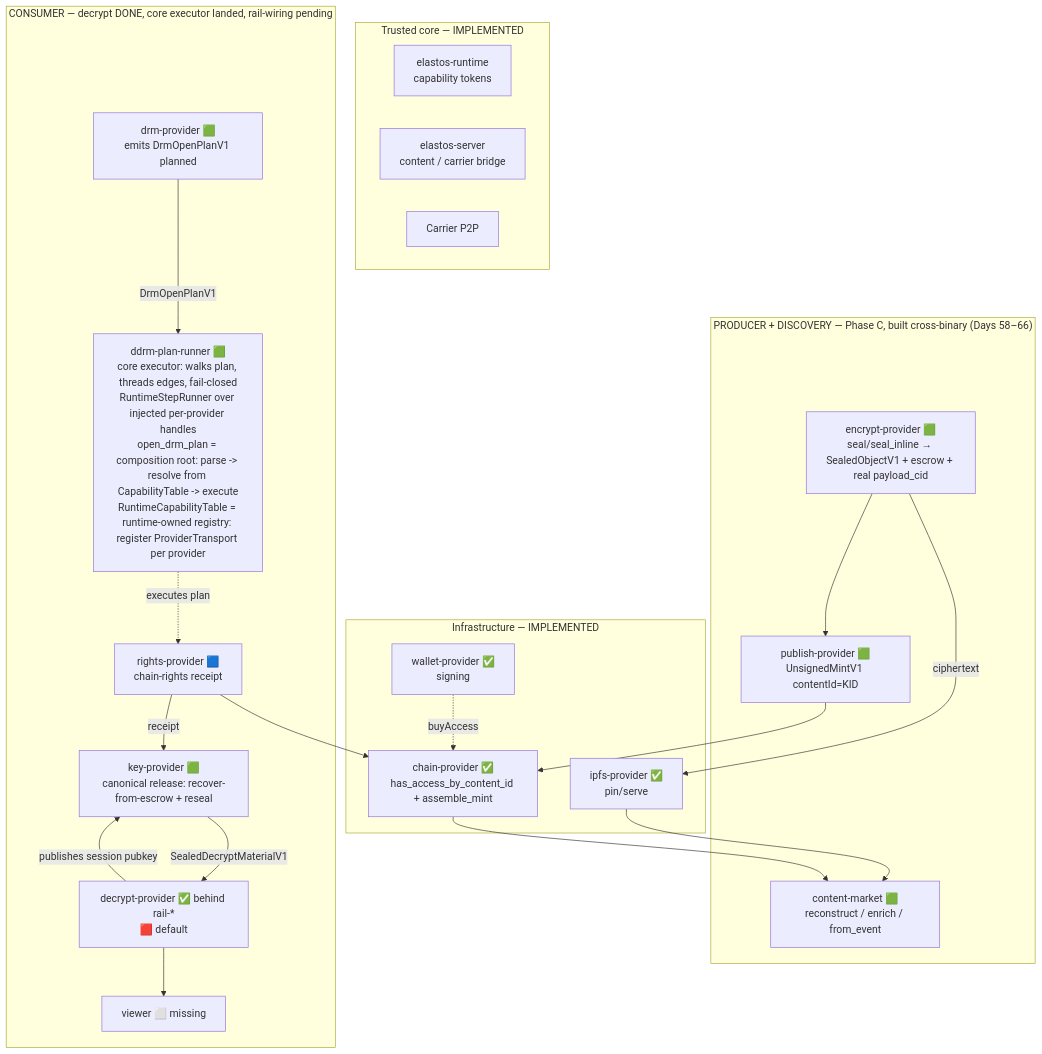
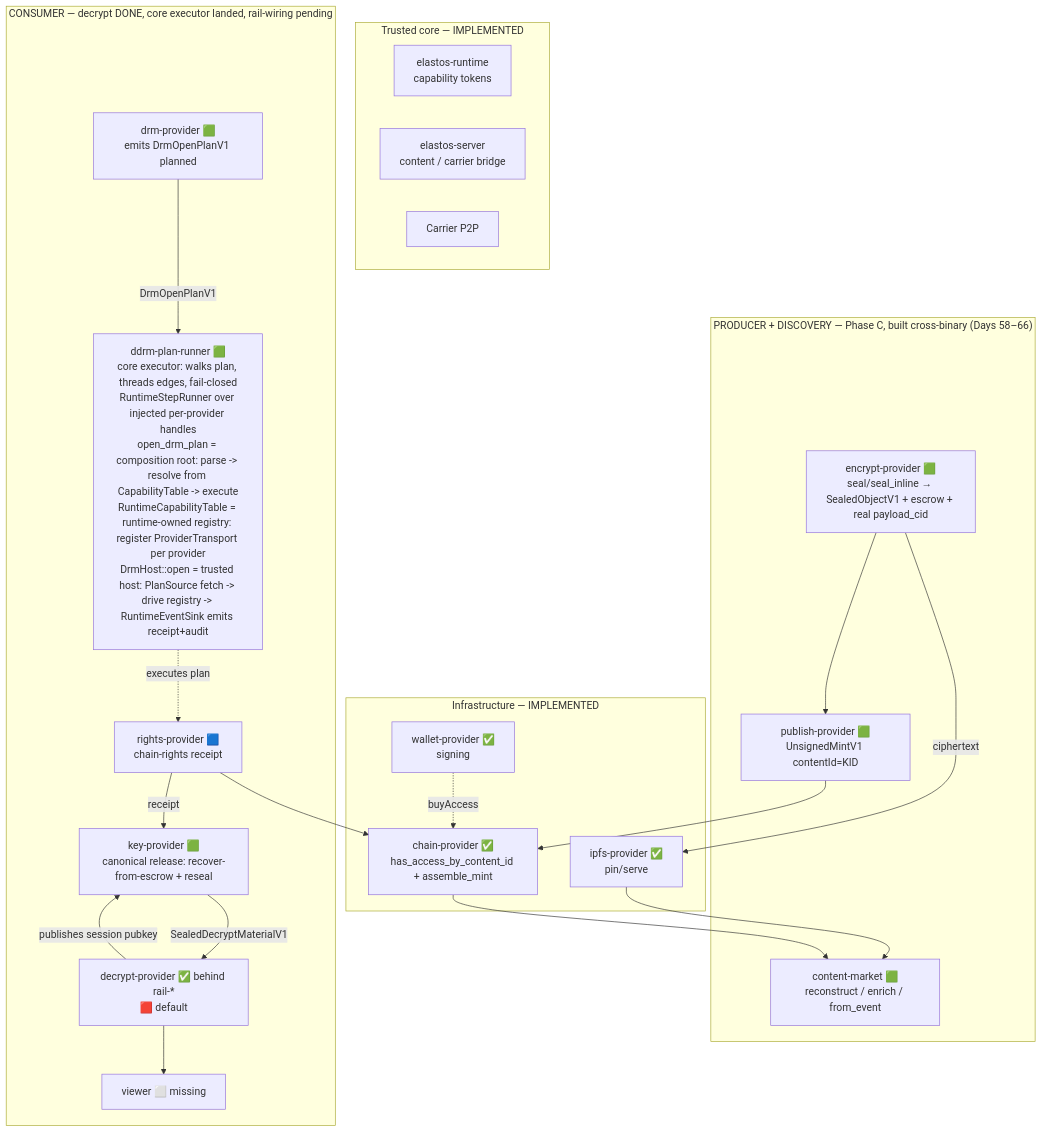
One commit to Elacity/elastos-runtime changed the first of 2 diagrams in docs/convergence/SYSTEM_ARCHITECTURE_MAP.md. Above: the diagram before and after it, drawn with Mermaid. The commit also changed other lines of this file and 6 other files, not shown here.

````diff
--- a/docs/convergence/SYSTEM_ARCHITECTURE_MAP.md
+++ b/docs/convergence/SYSTEM_ARCHITECTURE_MAP.md
@@ -122,34 +122,34 @@
 ```mermaid
 flowchart TB
   subgraph core["Trusted core — IMPLEMENTED"]
     RT[elastos-runtime<br/>capability tokens]
     SRV[elastos-server<br/>content / carrier bridge]
     CAR[Carrier P2P]
   end
   subgraph infra["Infrastructure — IMPLEMENTED"]
     IPFS[ipfs-provider ✅<br/>pin/serve]
     CHN[chain-provider ✅<br/>has_access_by_content_id + assemble_mint]
     WLT[wallet-provider ✅<br/>signing]
   end
   subgraph prod["PRODUCER + DISCOVERY — Phase C, built cross-binary (Days 58–66)"]
     ENC[encrypt-provider 🟩<br/>seal/seal_inline → SealedObjectV1 + escrow + real payload_cid]
     PUBP[publish-provider 🟩<br/>UnsignedMintV1 contentId=KID]
     MKT[content-market 🟩<br/>reconstruct / enrich / from_event]
   end
   subgraph cons["CONSUMER — decrypt DONE, core executor landed, rail-wiring pending"]
     DRM[drm-provider 🟩<br/>emits DrmOpenPlanV1 planned]
-    CORE[ddrm-plan-runner 🟩<br/>core executor: walks plan, threads edges, fail-closed<br/>RuntimeStepRunner over injected per-provider handles<br/>open_drm_plan = composition root: parse -> resolve from CapabilityTable -> execute<br/>RuntimeCapabilityTable = runtime-owned registry: register ProviderTransport per provider]
+    CORE[ddrm-plan-runner 🟩<br/>core executor: walks plan, threads edges, fail-closed<br/>RuntimeStepRunner over injected per-provider handles<br/>open_drm_plan = composition root: parse -> resolve from CapabilityTable -> execute<br/>RuntimeCapabilityTable = runtime-owned registry: register ProviderTransport per provider<br/>DrmHost::open = trusted host: PlanSource fetch -> drive registry -> RuntimeEventSink emits receipt+audit]
     RTS[rights-provider 🟦<br/>chain-rights receipt]
     KEY[key-provider 🟩<br/>canonical release: recover-from-escrow + reseal]
     DEC[decrypt-provider ✅ behind rail-*<br/>🟥 default]
     VIEW[viewer ⬜ missing]
   end
   ENC --> PUBP --> CHN
   ENC -->|ciphertext| IPFS --> MKT
   CHN --> MKT
   WLT -. buyAccess .-> CHN
   DRM -->|DrmOpenPlanV1| CORE
   CORE -. executes plan .-> RTS --> CHN
   RTS -->|receipt| KEY -->|SealedDecryptMaterialV1| DEC --> VIEW
   DEC -->|publishes session pubkey| KEY
 ```
````
